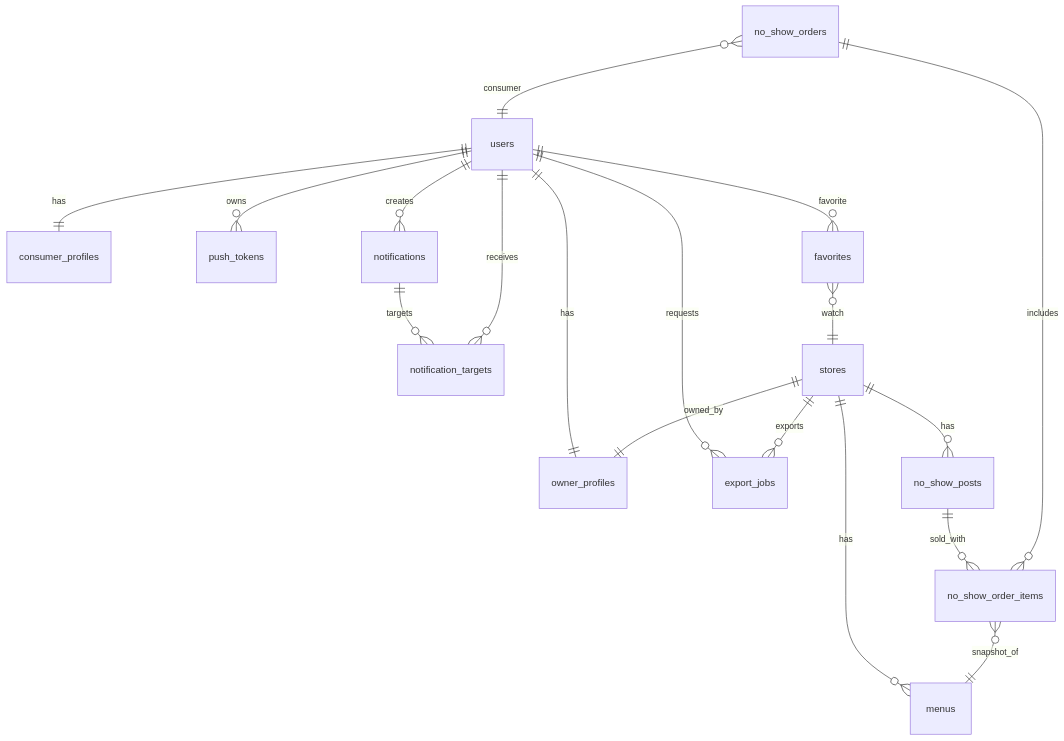
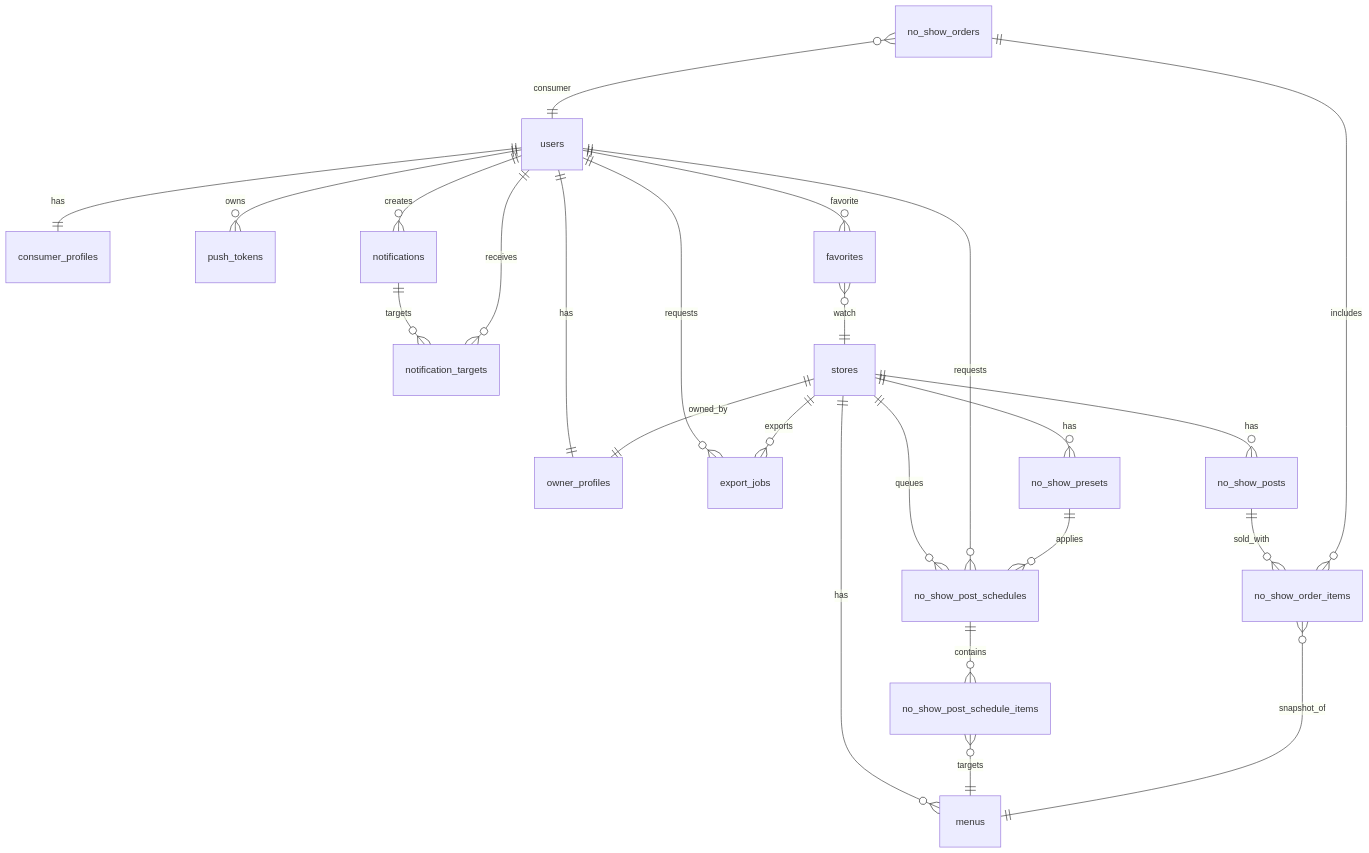
The diagram in doc/database.md (goorm-ynot/dandi-onna-be), drawn with Mermaid before and after one commit. The commit also changed other lines of this file and 25 other files, not shown here.

````diff
--- a/doc/database.md
+++ b/doc/database.md
@@ -20,22 +23,28 @@
 ```mermaid
 erDiagram
   users ||--|| owner_profiles : has
   users ||--|| consumer_profiles : has
   users ||--o{ push_tokens : owns
   users ||--o{ favorites : favorite
   users ||--o{ notifications : creates
   notifications ||--o{ notification_targets : targets
   users ||--o{ notification_targets : receives
   users ||--o{ export_jobs : requests
   stores ||--o{ export_jobs : exports
 
   stores ||--|| owner_profiles : owned_by
   stores ||--o{ menus : has
   stores ||--o{ no_show_posts : has
+  stores ||--o{ no_show_presets : has
+  stores ||--o{ no_show_post_schedules : queues
+  users ||--o{ no_show_post_schedules : requests
+  no_show_presets ||--o{ no_show_post_schedules : applies
+  no_show_post_schedules ||--o{ no_show_post_schedule_items : contains
+  no_show_post_schedule_items }o--|| menus : targets
 
   no_show_posts ||--o{ no_show_order_items : sold_with
   no_show_orders ||--o{ no_show_order_items : includes
   no_show_orders }o--|| users : consumer
   favorites }o--|| stores : watch
   no_show_order_items }o--|| menus : snapshot_of
 ```
````
